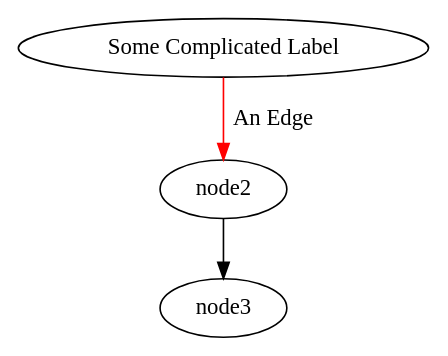
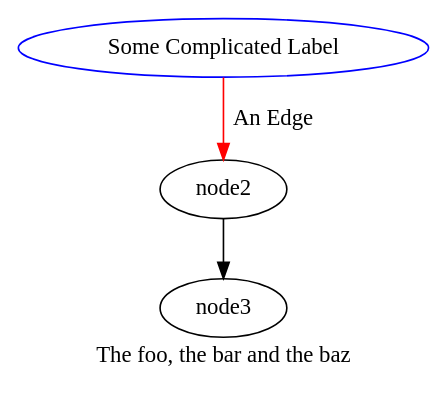
Before and after one commit to sgratzl/chartjs-chart-graph-dot-parser: the diagram in samples/data/labels.dot, drawn with Graphviz. The commit also changed 3 other files, not shown here.

```diff
--- a/samples/data/labels.dot
+++ b/samples/data/labels.dot
@@ -1,5 +1,6 @@
 digraph { 
-    node1[label="Some Complicated Label"]; 
+    label = "The foo, the bar and the baz";
+    node1[label="Some Complicated Label",color=blue,fillcolor=orange]; 
     node1 -> node2[label="An Edge",color=red]; 
     node2 -> node3;
 } 
```
